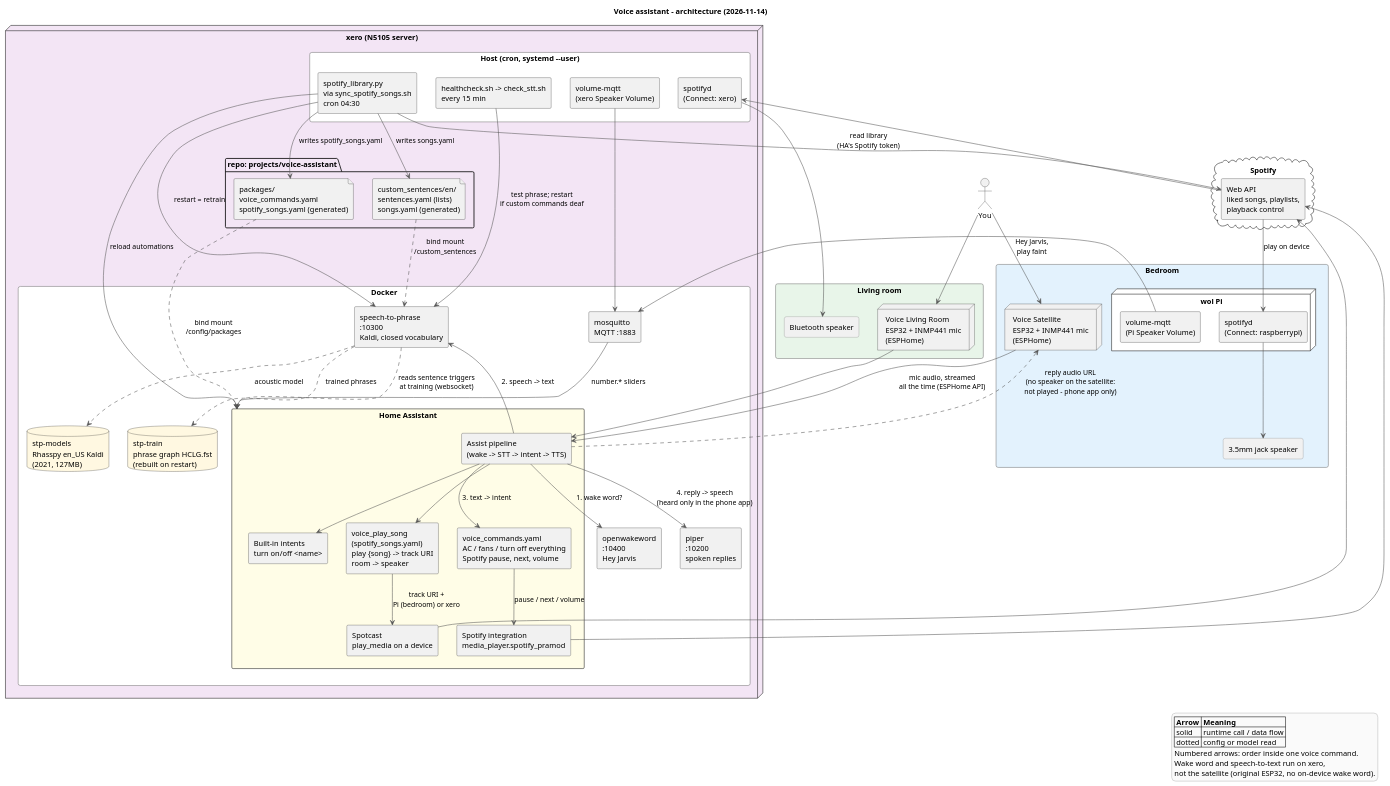
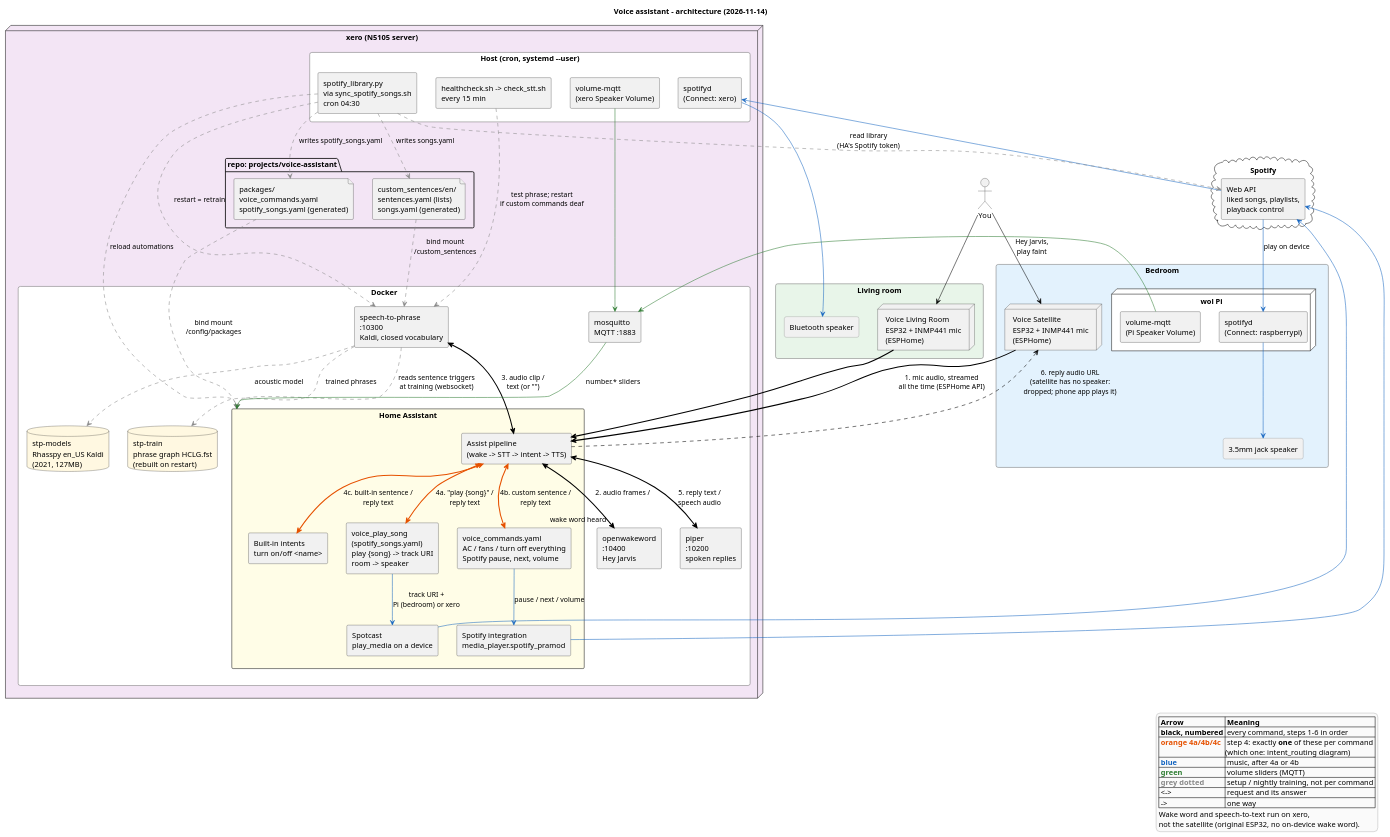
The diagram in projects/voice-assistant/architecture.puml (pjangam/homelab), drawn with PlantUML before and after one commit. The commit also changed 7 other files, not shown here.

First line of the commit message:
voice-assistant diagrams: numbered, coloured by path, request/answer arrows; intent routing activity diagram

```diff
--- a/projects/voice-assistant/architecture.puml
+++ b/projects/voice-assistant/architecture.puml
@@ -1,120 +1,131 @@
 @startuml
 ' Voice assistant: every part, where it runs and what talks to what.
 ' Render: projects/voice-assistant/render_architecture.sh  (-> architecture.svg/.png)
 title Voice assistant - architecture (2026-11-14)
 
 skinparam shadowing false
 skinparam defaultFontName Helvetica
 skinparam componentStyle rectangle
 skinparam ArrowColor #555555
 skinparam rectangle {
   BorderColor #777777
   RoundCorner 8
 }
 skinparam database {
   BackgroundColor #FFF8E1
 }
 skinparam legend {
   BackgroundColor #FAFAFA
   BorderColor #BBBBBB
 }
 
 actor "You" as user
 
 rectangle "Bedroom" as bedroom #E3F2FD {
   node "Voice Satellite\nESP32 + INMP441 mic\n(ESPHome)" as sat_bed
   node "wol Pi" as pi #FFFFFF {
     component "spotifyd\n(Connect: raspberrypi)" as spd_pi
     component "volume-mqtt\n(Pi Speaker Volume)" as vol_pi
   }
   rectangle "3.5mm jack speaker" as spk_pi
 }
 
 rectangle "Living room" as living #E8F5E9 {
   node "Voice Living Room\nESP32 + INMP441 mic\n(ESPHome)" as sat_liv
   rectangle "Bluetooth speaker" as spk_xero
 }
 
 node "xero (N5105 server)" as xero #F3E5F5 {
   rectangle "Docker" as docker #FFFFFF {
     component "Home Assistant" as ha #FFFDE7 {
       component "Assist pipeline\n(wake -> STT -> intent -> TTS)" as pipeline
       component "voice_commands.yaml\nAC / fans / turn off everything\nSpotify pause, next, volume" as cmds
       component "voice_play_song\n(spotify_songs.yaml)\nplay {song} -> track URI\nroom -> speaker" as playsong
       component "Spotify integration\nmedia_player.spotify_pramod" as spint
       component "Spotcast\nplay_media on a device" as spotcast
       component "Built-in intents\nturn on/off <name>" as builtin
     }
     component "openwakeword\n:10400\nHey Jarvis" as oww
     component "speech-to-phrase\n:10300\nKaldi, closed vocabulary" as stp
     component "piper\n:10200\nspoken replies" as piper
     component "mosquitto\nMQTT :1883" as mqtt
     database "stp-models\nRhasspy en_US Kaldi\n(2021, 127MB)" as stpmodels
     database "stp-train\nphrase graph HCLG.fst\n(rebuilt on restart)" as stptrain
   }
   rectangle "Host (cron, systemd --user)" as host #FFFFFF {
     component "spotify_library.py\nvia sync_spotify_songs.sh\ncron 04:30" as lib
     component "healthcheck.sh -> check_stt.sh\nevery 15 min" as hc
     component "spotifyd\n(Connect: xero)" as spd_xero
     component "volume-mqtt\n(xero Speaker Volume)" as vol_xero
   }
   folder "repo: projects/voice-assistant" as repo {
     file "custom_sentences/en/\nsentences.yaml (lists)\nsongs.yaml (generated)" as cs
     file "packages/\nvoice_commands.yaml\nspotify_songs.yaml (generated)" as pkgs
   }
 }
 
 cloud "Spotify" as spotify {
   component "Web API\nliked songs, playlists,\nplayback control" as spapi
 }
 
-' --- speaking a command ---
-user --> sat_bed : "Hey Jarvis,\nplay faint"
-user --> sat_liv
-sat_bed --> pipeline : mic audio, streamed\nall the time (ESPHome API)
-sat_liv --> pipeline
-pipeline --> oww : 1. wake word?
-pipeline --> stp : 2. speech -> text
-stp ..> stpmodels : acoustic model
-stp ..> stptrain : trained phrases
-pipeline --> cmds : 3. text -> intent
-pipeline --> playsong
-pipeline --> builtin
-pipeline --> piper : 4. reply -> speech\n(heard only in the phone app)
-pipeline ..> sat_bed : reply audio URL\n(no speaker on the satellite:\nnot played - phone app only)
+' Colours: black = every command, in order 1-6 | orange = exactly ONE of
+' these per command (which one depends on the words; see intent_routing.puml)
+' | blue = music | grey dotted = setup / training, not per command | green = volume sliders.
+' <--> = request and its answer; --> = one way.
 
-' --- playing music ---
-playsong --> spotcast : track URI +\nPi (bedroom) or xero
-cmds --> spint : pause / next / volume
-spotcast --> spapi
-spint --> spapi
-spapi --> spd_pi : play on device
-spapi --> spd_xero
-spd_pi --> spk_pi
-spd_xero --> spk_xero
+' --- every command, in order ---
+user -[#000000]-> sat_bed : "Hey Jarvis,\nplay faint"
+user -[#000000]-> sat_liv
+sat_bed -[#000000,bold]-> pipeline : 1. mic audio, streamed\nall the time (ESPHome API)
+sat_liv -[#000000,bold]-> pipeline
+pipeline <-[#000000,bold]-> oww : 2. audio frames /\n"wake word heard"
+pipeline <-[#000000,bold]-> stp : 3. audio clip /\ntext (or "")
+pipeline <-[#000000,bold]-> piper : 5. reply text /\nspeech audio
+pipeline .[#000000].> sat_bed : 6. reply audio URL\n(satellite has no speaker:\ndropped; phone app plays it)
 
-' --- training ---
-lib --> spapi : read library\n(HA's Spotify token)
-lib --> cs : writes songs.yaml
-lib --> pkgs : writes spotify_songs.yaml
-lib --> ha : reload automations
-lib --> stp : restart = retrain
-pkgs ..> ha : bind mount\n/config/packages
-cs ..> stp : bind mount\n/custom_sentences
-stp ..> ha : reads sentence triggers\nat training (websocket)
-hc --> stp : test phrase; restart\nif custom commands deaf
+' --- step 4: exactly one handler per command ---
+pipeline <-[#E65100,bold]-> playsong : 4a. "play {song}" /\nreply text
+pipeline <-[#E65100,bold]-> cmds : 4b. custom sentence /\nreply text
+pipeline <-[#E65100,bold]-> builtin : 4c. built-in sentence /\nreply text
+
+' --- music ---
+playsong -[#1565C0]-> spotcast : track URI +\nPi (bedroom) or xero
+cmds -[#1565C0]-> spint : pause / next / volume
+spotcast -[#1565C0]-> spapi
+spint -[#1565C0]-> spapi
+spapi -[#1565C0]-> spd_pi : play on device
+spapi -[#1565C0]-> spd_xero
+spd_pi -[#1565C0]-> spk_pi
+spd_xero -[#1565C0]-> spk_xero
+
+' --- setup and training (not per command) ---
+stp .[#888888].> stpmodels : acoustic model
+stp .[#888888].> stptrain : trained phrases
+lib .[#888888].> spapi : read library\n(HA's Spotify token)
+lib .[#888888].> cs : writes songs.yaml
+lib .[#888888].> pkgs : writes spotify_songs.yaml
+lib .[#888888].> ha : reload automations
+lib .[#888888].> stp : restart = retrain
+pkgs .[#888888].> ha : bind mount\n/config/packages
+cs .[#888888].> stp : bind mount\n/custom_sentences
+stp .[#888888].> ha : reads sentence triggers\nat training (websocket)
+hc .[#888888].> stp : test phrase; restart\nif custom commands deaf
 
 ' --- volume sliders ---
-vol_pi --> mqtt
-vol_xero --> mqtt
-mqtt --> ha : number.* sliders
+vol_pi -[#2E7D32]-> mqtt
+vol_xero -[#2E7D32]-> mqtt
+mqtt -[#2E7D32]-> ha : number.* sliders
 
 legend right
   |= Arrow |= Meaning |
-  | solid | runtime call / data flow |
-  | dotted | config or model read |
-  Numbered arrows: order inside one voice command.
+  | <color:#000000>**black, numbered**</color> | every command, steps 1-6 in order |
+  | <color:#E65100>**orange 4a/4b/4c**</color> | step 4: exactly **one** of these per command\n(which one: intent_routing diagram) |
+  | <color:#1565C0>**blue**</color> | music, after 4a or 4b |
+  | <color:#2E7D32>**green**</color> | volume sliders (MQTT) |
+  | <color:#888888>**grey dotted**</color> | setup / nightly training, not per command |
+  | <-> | request and its answer |
+  | -> | one way |
   Wake word and speech-to-text run on xero,
   not the satellite (original ESP32, no on-device wake word).
 endlegend
 @enduml
```
